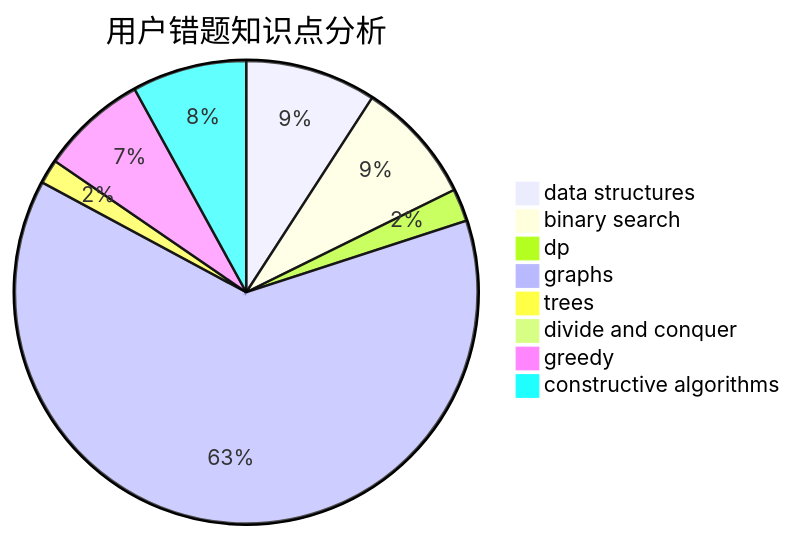
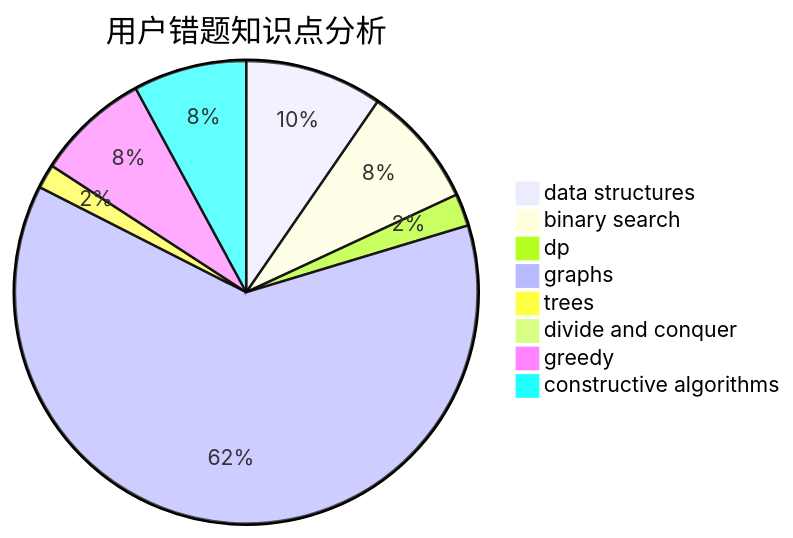
Before and after one commit to sherpahu/cfrs.github.io: the third of 3 diagrams in docs/user/u1994.md, drawn with Mermaid. The commit also changed other lines of this file and 2770 other files, not shown here.

````diff
--- a/docs/user/u1994.md
+++ b/docs/user/u1994.md
@@ -36,11 +36,11 @@
 ```mermaid
 pie title 用户错题知识点分析
-    "data structures" :  16
+    "data structures" :  17
     "binary search" :  15
     "dp" :  4
     "graphs" :  110
     "trees" :  3
     "divide and conquer" :  0
-    "greedy" :  13
+    "greedy" :  14
     "constructive algorithms" :  14
 ```
````
